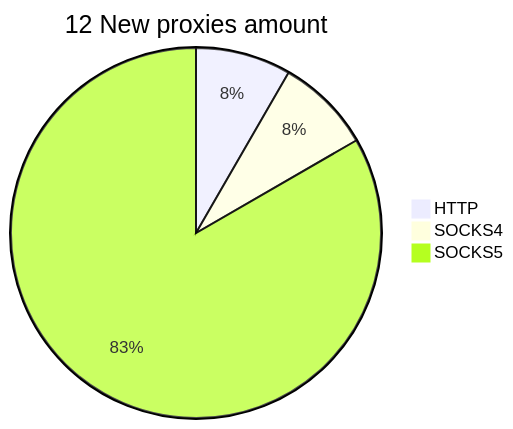
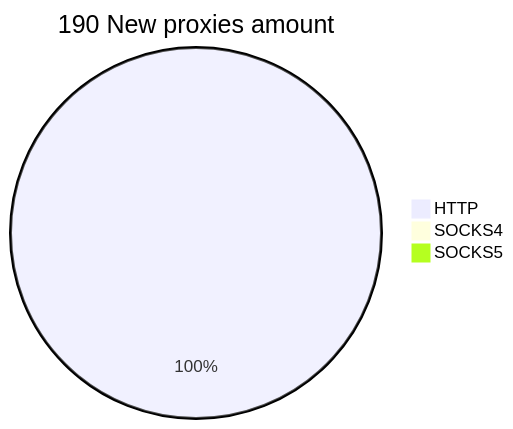
Before and after one commit to cutipu/proxylist: the second of 2 diagrams in README.md, drawn with Mermaid. The commit also changed other lines of this file, not shown here.

````diff
--- a/README.md
+++ b/README.md
@@ -10,6 +10,6 @@
 ```mermaid
-pie title 12 New proxies amount
-    "HTTP" : 1
-    "SOCKS4" : 1
-    "SOCKS5" : 10
+pie title 190 New proxies amount
+    "HTTP" : 190
+    "SOCKS4" : 0
+    "SOCKS5" : 0
 ```
````
